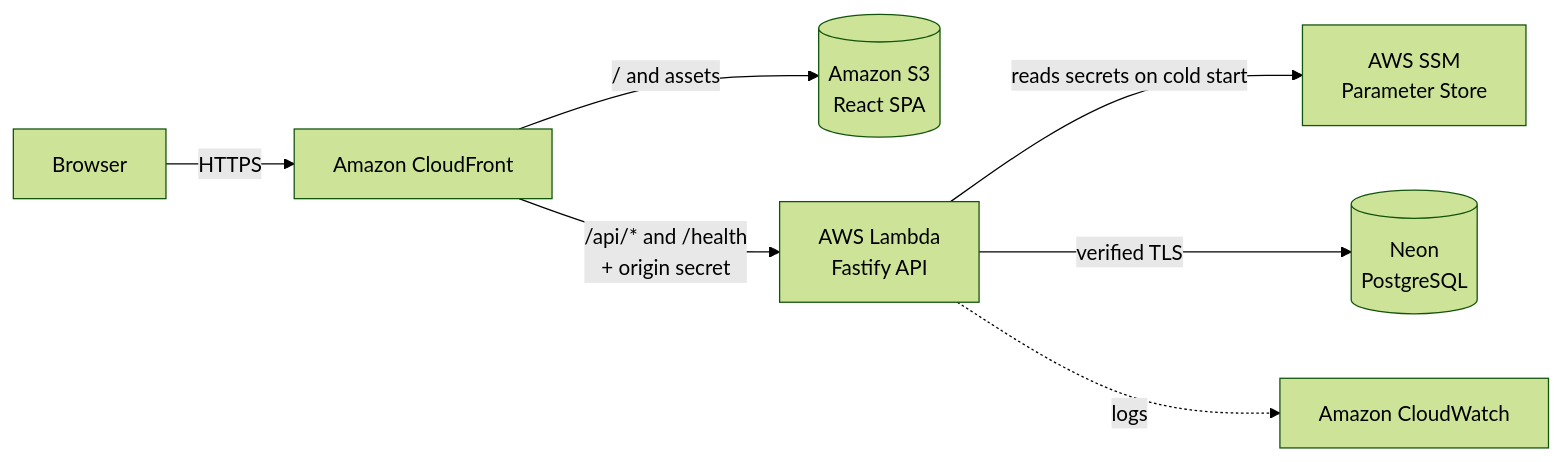
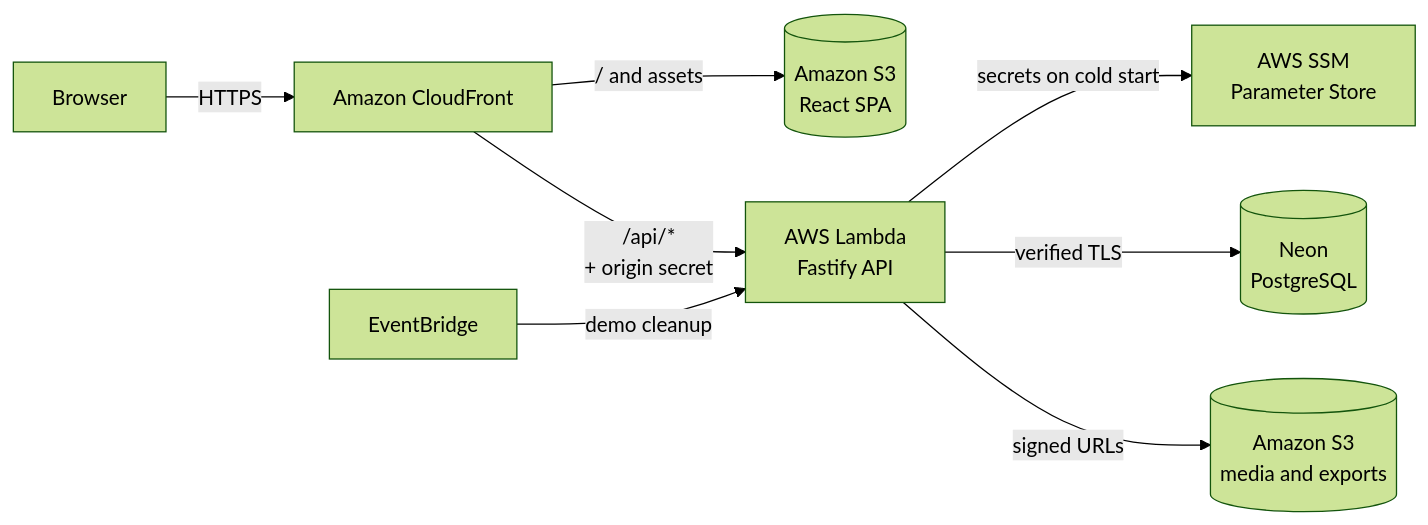
The diagram in README.md (joaolaureano/memorization), drawn with Mermaid (forest theme) before and after one commit. The commit also changed other lines of this file and 1 other file, not shown here.

Commit message:
docs: trim both READMEs to features, stack and architecture

````diff
--- a/README.md
+++ b/README.md
@@ -96,9 +59,10 @@
 ```mermaid
 flowchart LR
     U[Browser] -->|HTTPS| CF[Amazon CloudFront]
     CF -->|/ and assets| S3[(Amazon S3<br/>React SPA)]
-    CF -->|/api/* and /health<br/>+ origin secret| L[AWS Lambda<br/>Fastify API]
-    L -->|reads secrets on cold start| SSM[AWS SSM<br/>Parameter Store]
+    CF -->|/api/*<br/>+ origin secret| L[AWS Lambda<br/>Fastify API]
+    L -->|secrets on cold start| SSM[AWS SSM<br/>Parameter Store]
     L -->|verified TLS| DB[(Neon<br/>PostgreSQL)]
-    L -.->|logs| CW[Amazon CloudWatch]
+    L -->|signed URLs| M[(Amazon S3<br/>media and exports)]
+    EB[EventBridge] -->|demo cleanup| L
 ```
````
